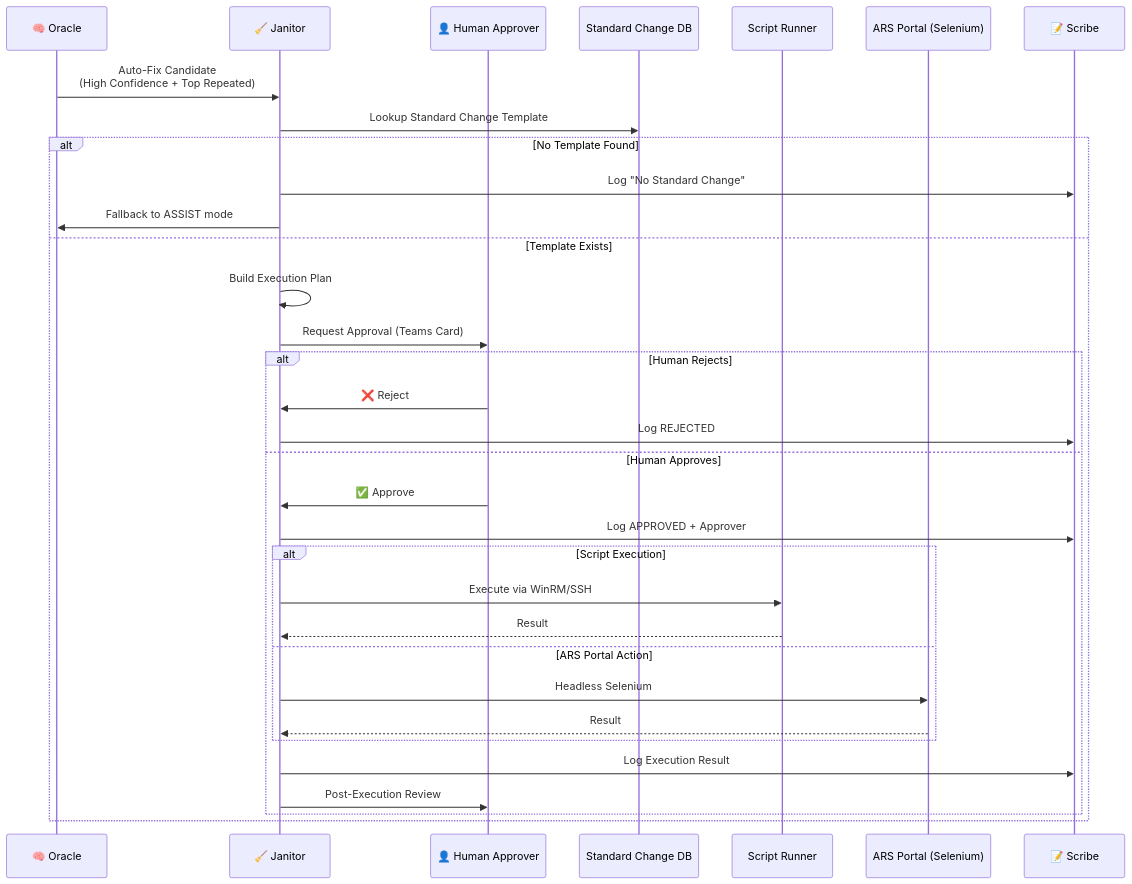
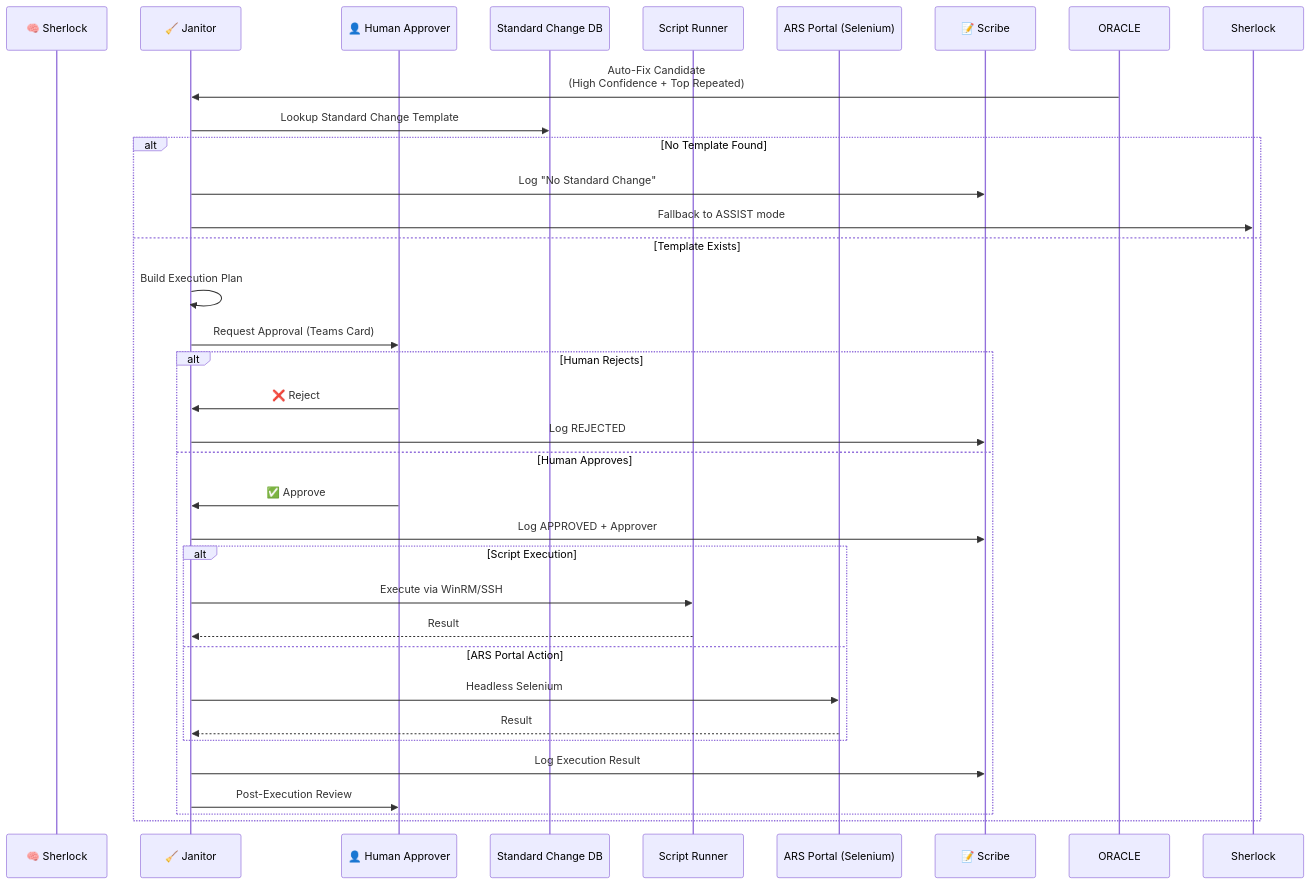
One commit to maniltns/AEGIS changed the fifth of 10 diagrams in docs/implementation_plan.md. Above: the diagram before and after it, drawn with Mermaid. The commit also changed other lines of this file, not shown here.

````diff
--- a/docs/implementation_plan.md
+++ b/docs/implementation_plan.md
@@ -222,40 +222,40 @@
 ```mermaid
 sequenceDiagram
-    participant ORACLE as 🧠 Oracle
+    participant SHERLOCK as 🧠 Sherlock
     participant JANITOR as 🧹 Janitor
     participant HUMAN as 👤 Human Approver
     participant STD_CHG as Standard Change DB
     participant RUNNER as Script Runner
     participant ARS as ARS Portal (Selenium)
     participant SCRIBE as 📝 Scribe
     
     ORACLE->>JANITOR: Auto-Fix Candidate<br/>(High Confidence + Top Repeated)
     
     JANITOR->>STD_CHG: Lookup Standard Change Template
     alt No Template Found
         JANITOR->>SCRIBE: Log "No Standard Change"
-        JANITOR->>ORACLE: Fallback to ASSIST mode
+        JANITOR->>Sherlock: Fallback to ASSIST mode
     else Template Exists
         JANITOR->>JANITOR: Build Execution Plan
         JANITOR->>HUMAN: Request Approval (Teams Card)
         
         alt Human Rejects
             HUMAN->>JANITOR: ❌ Reject
             JANITOR->>SCRIBE: Log REJECTED
         else Human Approves
             HUMAN->>JANITOR: ✅ Approve
             JANITOR->>SCRIBE: Log APPROVED + Approver
             
             alt Script Execution
                 JANITOR->>RUNNER: Execute via WinRM/SSH
                 RUNNER-->>JANITOR: Result
             else ARS Portal Action
                 JANITOR->>ARS: Headless Selenium
                 ARS-->>JANITOR: Result
             end
             
             JANITOR->>SCRIBE: Log Execution Result
             JANITOR->>HUMAN: Post-Execution Review
         end
     end
 ```
````
